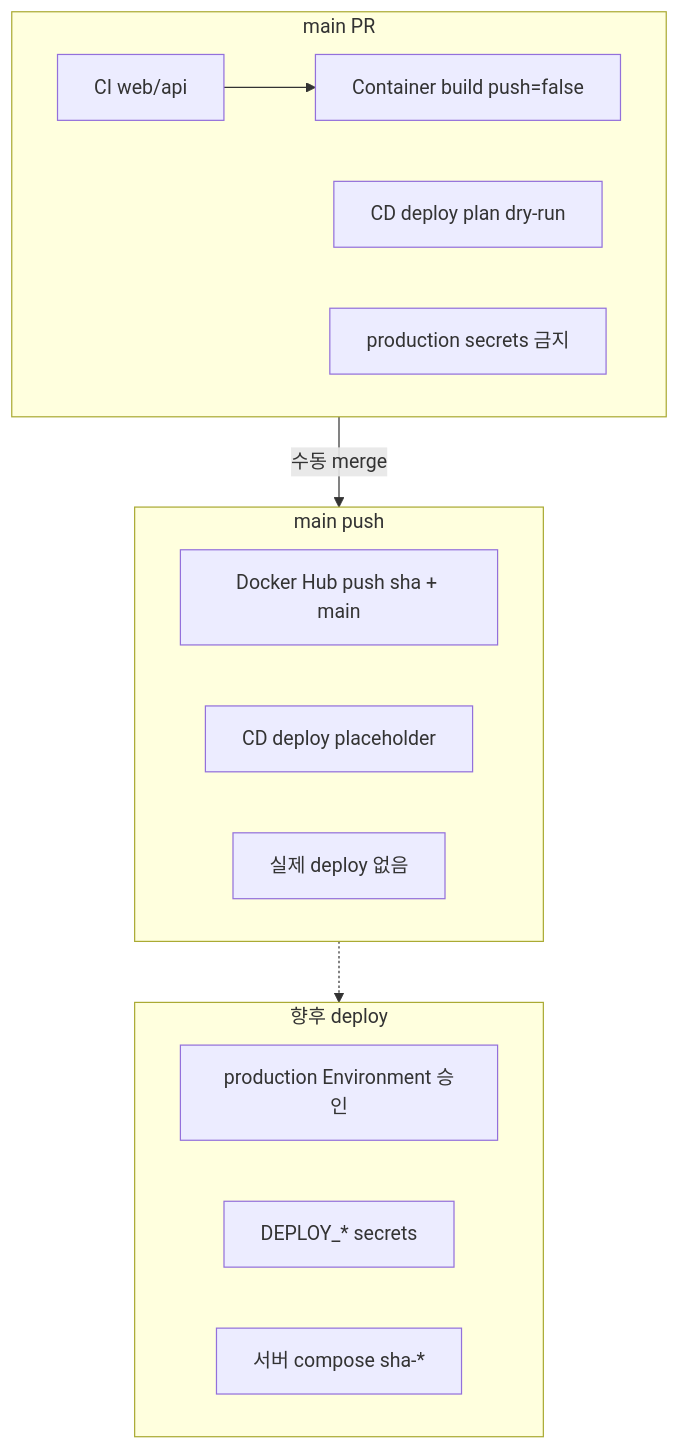
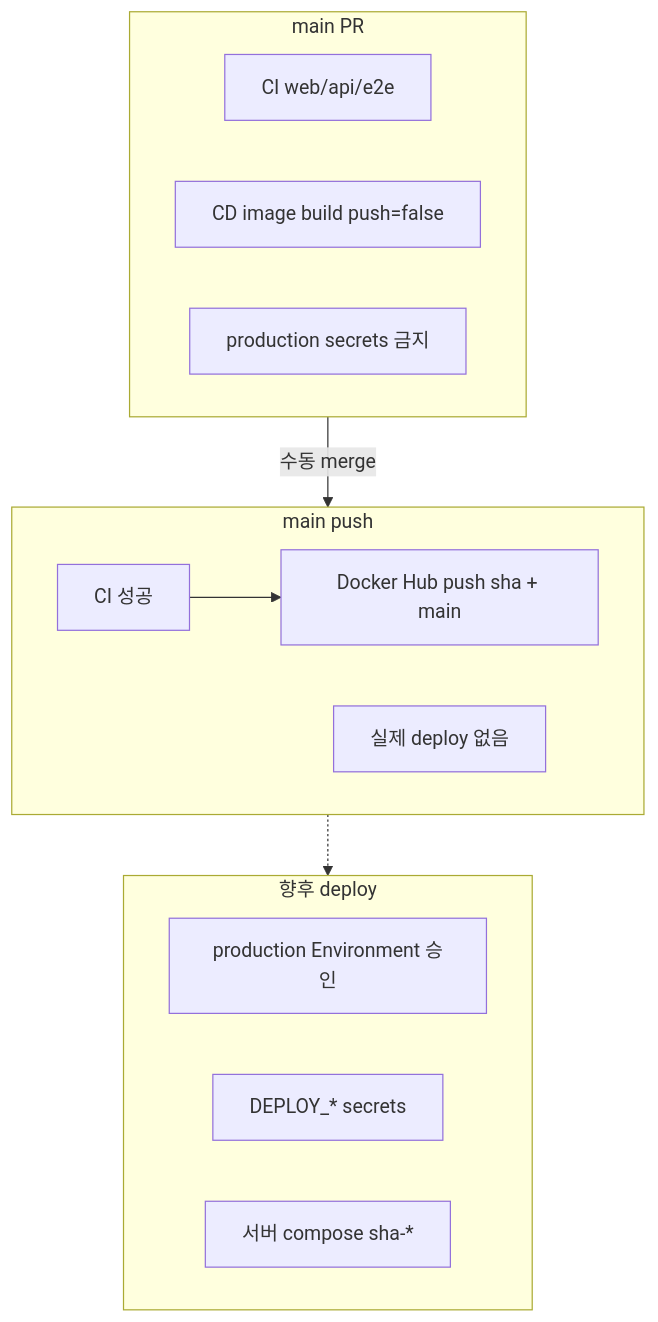
Before and after one commit to chorok447/dasida: the diagram in apps/api/docs/backend/github-secrets-and-environments.md, drawn with Mermaid. The commit also changed other lines of this file and 8 other files, not shown here.

````diff
--- a/apps/api/docs/backend/github-secrets-and-environments.md
+++ b/apps/api/docs/backend/github-secrets-and-environments.md
@@ -123,20 +123,19 @@
 ```mermaid
 flowchart TB
   subgraph pr [main PR]
-    A[CI web/api] --> B[Container build push=false]
-    C[CD deploy plan dry-run]
+    A[CI web/api/e2e]
+    B[CD image build push=false]
     D[production secrets 금지]
   end
   subgraph push [main push]
-    E[Docker Hub push sha + main]
-    F[CD deploy placeholder]
+    E[CI 성공] --> F[Docker Hub push sha + main]
     G[실제 deploy 없음]
   end
   subgraph future [향후 deploy]
     H[production Environment 승인]
     I[DEPLOY_* secrets]
     J[서버 compose sha-*]
   end
   pr -->|수동 merge| push
   push -.-> future
 ```
````
